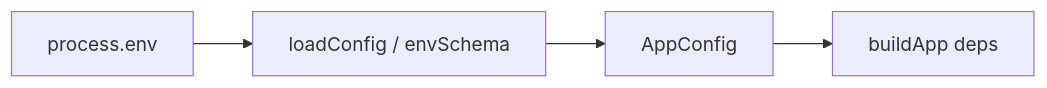
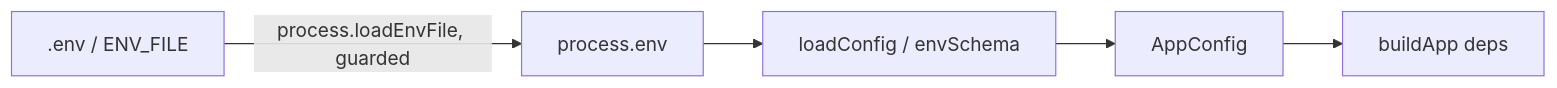
The diagram in apps/api/src/config.ts.md (AzamatRaimbekov2/openCreate), drawn with Mermaid before and after one commit. The commit also changed other lines of this file and 15 other files, not shown here.

````diff
--- a/apps/api/src/config.ts.md
+++ b/apps/api/src/config.ts.md
@@ -19,4 +19,5 @@
 ```mermaid
 flowchart LR
-  ENV[process.env] --> LC[loadConfig / envSchema] --> CFG[AppConfig] --> APP[buildApp deps]
+  DOTENV[.env / ENV_FILE] -->|process.loadEnvFile, guarded| ENV[process.env]
+  ENV --> LC[loadConfig / envSchema] --> CFG[AppConfig] --> APP[buildApp deps]
 ```
````
